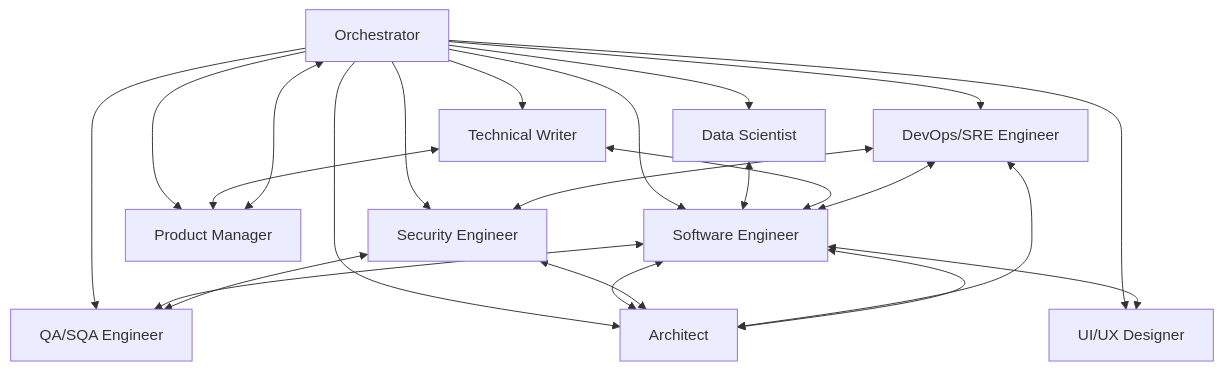
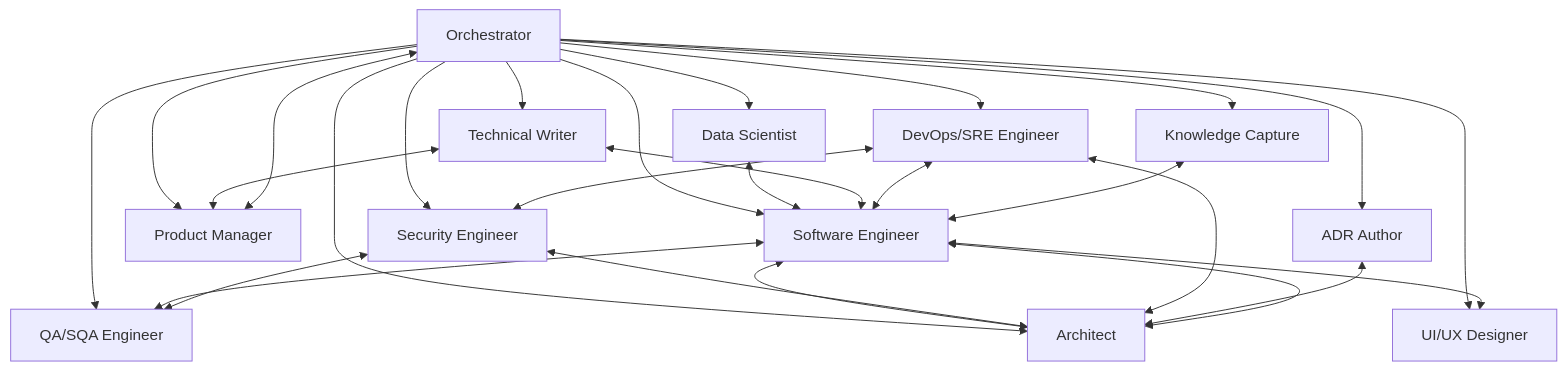
Before and after one commit to bdfinst/agentic-dev-team: the first of 2 diagrams in docs/team-structure.md, drawn with Mermaid. The commit also changed 11 other files, not shown here.

````diff
--- a/docs/team-structure.md
+++ b/docs/team-structure.md
@@ -5,26 +5,30 @@
 ```mermaid
 graph TD
     CO[Orchestrator] --> SE[Software Engineer]
     CO --> DS[Data Scientist]
     CO --> AR[Architect]
     CO --> QA[QA/SQA Engineer]
     CO --> UX[UI/UX Designer]
     CO --> PM[Product Manager]
     CO --> TW[Technical Writer]
     CO --> SecE[Security Engineer]
     CO --> DO[DevOps/SRE Engineer]
+    CO --> KC[Knowledge Capture]
+    CO --> ADR[ADR Author]
 
     SE <--> QA
     SE <--> AR
     SE <--> UX
     DS <--> SE
     PM <--> CO
     AR <--> SE
     TW <--> PM
     TW <--> SE
     SecE <--> AR
     SecE <--> QA
     DO <--> AR
     DO <--> SE
     DO <--> SecE
+    KC <--> SE
+    ADR <--> AR
 ```
````
